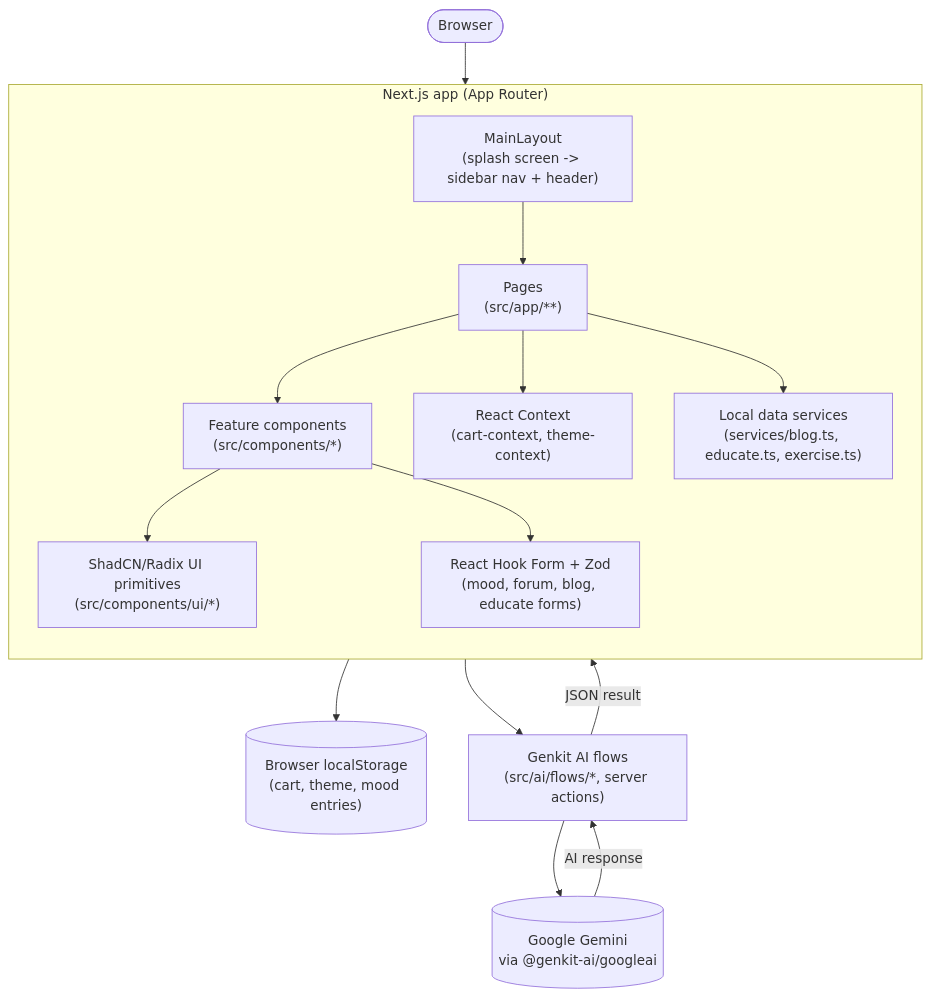
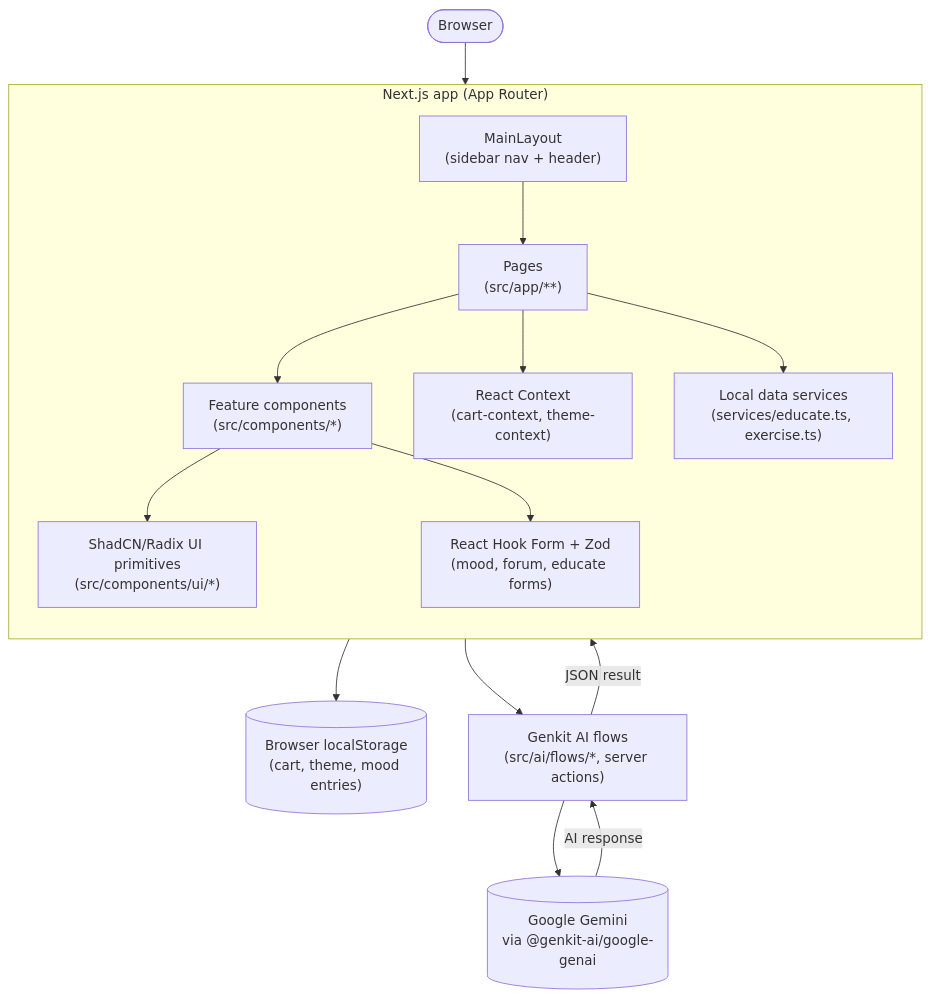
The diagram in README.md (Yaseen9805/MomEase), drawn with Mermaid before and after one commit. The commit also changed other lines of this file and 12 other files, not shown here.

````diff
--- a/README.md
+++ b/README.md
@@ -35,26 +35,26 @@
 ```mermaid
 flowchart TD
     Browser(["Browser"])
 
     subgraph NextApp["Next.js app (App Router)"]
         direction TB
-        Layout["MainLayout<br/>(splash screen -> sidebar nav + header)"]
+        Layout["MainLayout<br/>(sidebar nav + header)"]
         Pages["Pages<br/>(src/app/**)"]
         Components["Feature components<br/>(src/components/*)"]
         UI["ShadCN/Radix UI primitives<br/>(src/components/ui/*)"]
         Contexts["React Context<br/>(cart-context, theme-context)"]
-        Services["Local data services<br/>(services/blog.ts, educate.ts, exercise.ts)"]
-        Forms["React Hook Form + Zod<br/>(mood, forum, blog, educate forms)"]
+        Services["Local data services<br/>(services/educate.ts, exercise.ts)"]
+        Forms["React Hook Form + Zod<br/>(mood, forum, educate forms)"]
     end
 
     LocalStorage[("Browser localStorage<br/>(cart, theme, mood entries)")]
     Genkit["Genkit AI flows<br/>(src/ai/flows/*, server actions)"]
-    Gemini[("Google Gemini<br/>via @genkit-ai/googleai")]
+    Gemini[("Google Gemini<br/>via @genkit-ai/google-genai")]
 
     Browser --> Layout --> Pages --> Components --> UI
     Pages --> Contexts --> LocalStorage
     Pages --> Services
     Components --> Forms --> Genkit
     Genkit --> Gemini
     Gemini -->|AI response| Genkit -->|JSON result| Components
 ```
````
